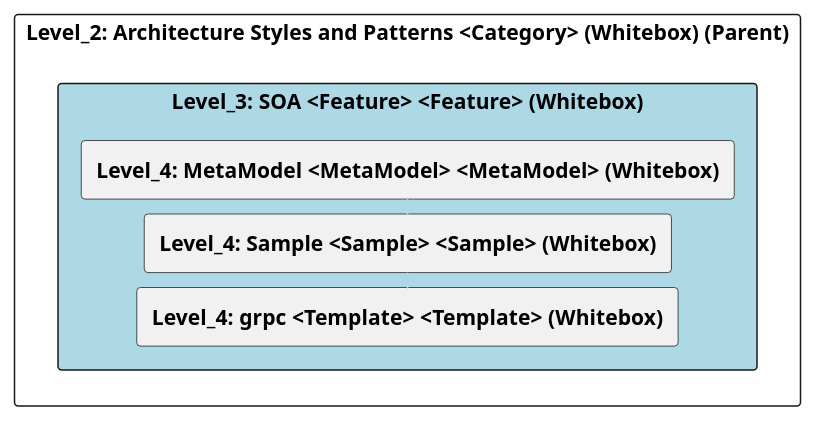
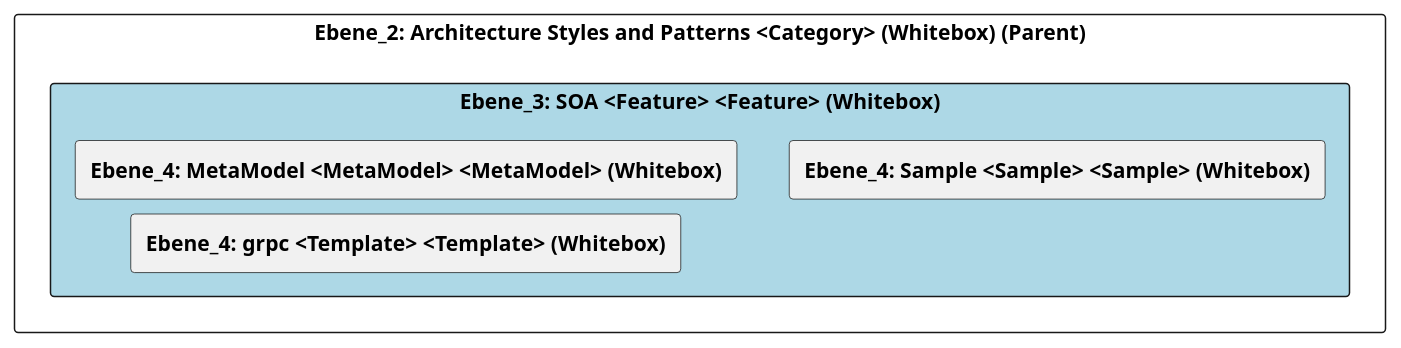
The diagram in doc/cleonproject_deliverables_architecture_model_architecture/adoc/de/05_bausteinsicht/cleon/architecture_styles_and_patterns/soa/ebene_3_soa.adoc (marcozwyssig/cleon), drawn with PlantUML before and after one commit. The commit also changed other lines of this file and 150 other files, not shown here.

```diff
--- a/doc/cleonproject_deliverables_architecture_model_architecture/adoc/de/05_bausteinsicht/cleon/architecture_styles_and_patterns/soa/ebene_3_soa.adoc
+++ b/doc/cleonproject_deliverables_architecture_model_architecture/adoc/de/05_bausteinsicht/cleon/architecture_styles_and_patterns/soa/ebene_3_soa.adoc
@@ -20,30 +20,26 @@
-[plantuml, Level_3: SOA <Feature> <Feature> (Whitebox)BlockOverview, format="svg"]
+[plantuml, Ebene_3: SOA <Feature> <Feature> (Whitebox)BlockOverview, format="svg"]
 ----
-@startuml Level_3: SOA <Feature> <Feature> (Whitebox)BuildingBlockOverview
+@startuml Ebene_3: SOA <Feature> <Feature> (Whitebox)BuildingBlockOverview
 
 skinparam ranksep 10
 skinparam componentStyle rectangle
 skinparam shadowing false
 skinparam arrowColor lightblue
 skinparam arrowThickness 1.2
 skinparam rectangle {
   BackgroundColor White
   BorderColor #333
   RoundCorner 10
 }
 top to bottom direction
 
-component "Level_2: Architecture Styles and Patterns <Category> (Whitebox) (Parent)" {
-    component "Level_3: SOA <Feature> <Feature> (Whitebox)" #lightblue {
-        [**Level_4: MetaModel <MetaModel> <MetaModel> (Whitebox)**] as 4A56DE44_D579_11EE_903E_9F564E4DE07E
-        [**Level_4: Sample <Sample> <Sample> (Whitebox)**] as 1DD2DAA6_0414_11F0_B041_CF872C9C3703
-        [**Level_4: grpc <Template> <Template> (Whitebox)**] as 3C7BAB04_0414_11F0_B041_CF872C9C3703
+component "Ebene_2: Architecture Styles and Patterns <Category> (Whitebox) (Parent)" {
+    component "Ebene_3: SOA <Feature> <Feature> (Whitebox)" #lightblue {
+        [**Ebene_4: MetaModel <MetaModel> <MetaModel> (Whitebox)**] as 4A56DE44_D579_11EE_903E_9F564E4DE07E
+        [**Ebene_4: Sample <Sample> <Sample> (Whitebox)**] as 1DD2DAA6_0414_11F0_B041_CF872C9C3703
+        [**Ebene_4: grpc <Template> <Template> (Whitebox)**] as 3C7BAB04_0414_11F0_B041_CF872C9C3703
     }
-
-    4A56DE44_D579_11EE_903E_9F564E4DE07E -down-> 1DD2DAA6_0414_11F0_B041_CF872C9C3703
-    1DD2DAA6_0414_11F0_B041_CF872C9C3703 -down-> 3C7BAB04_0414_11F0_B041_CF872C9C3703
-    
 }
 
 @enduml
 ----
```
